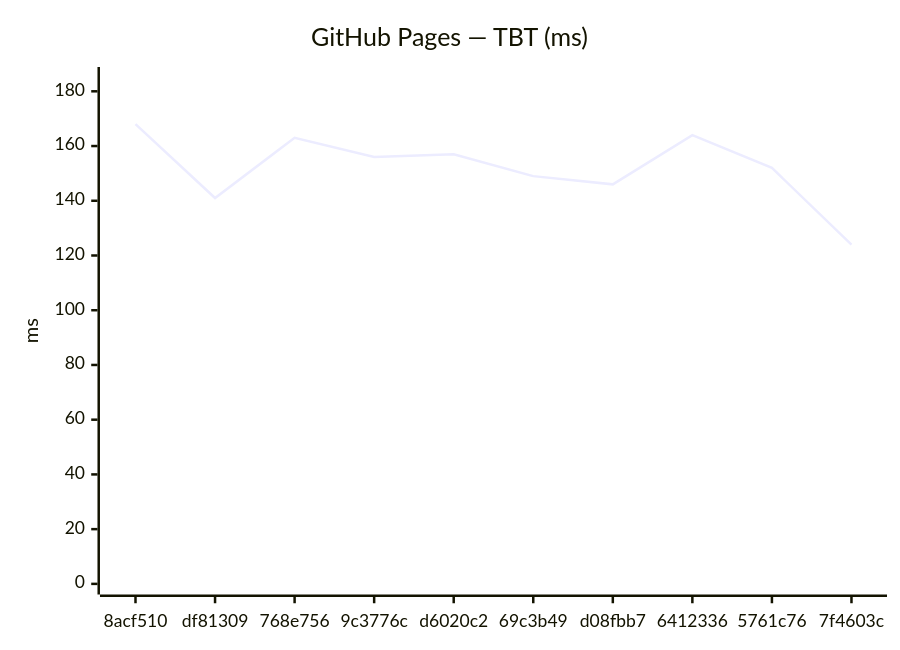
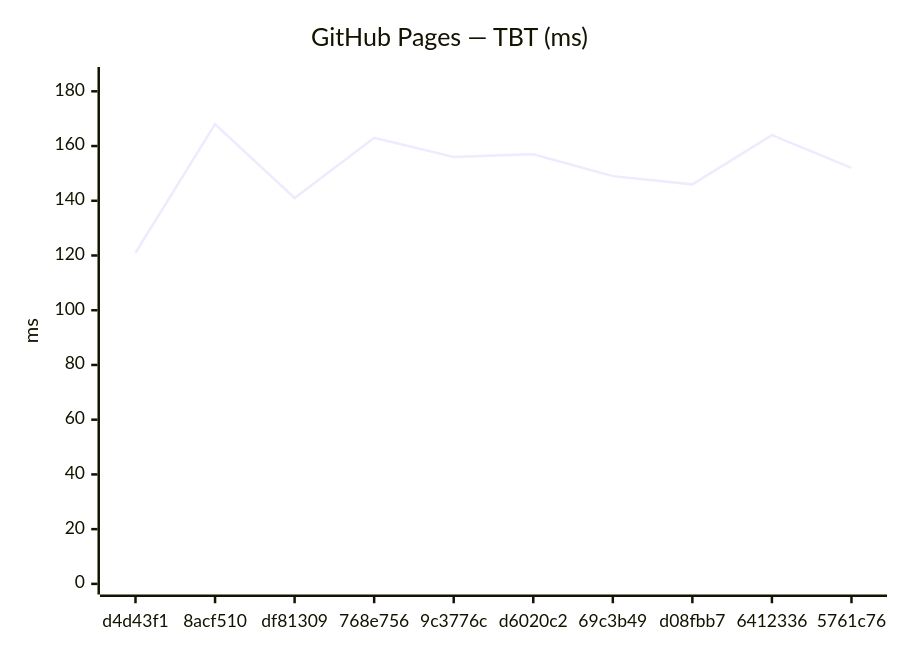
Before and after one commit to Metaheurist/Rianell: the fourth of 18 diagrams in benchmarks/compare.md, drawn with Mermaid. The commit also changed other lines of this file and 11 other files, not shown here.

````diff
--- a/benchmarks/compare.md
+++ b/benchmarks/compare.md
@@ -61,7 +61,7 @@
 ```mermaid
 xychart-beta
     title "GitHub Pages — TBT (ms)"
-    x-axis ["8acf510", "df81309", "768e756", "9c3776c", "d6020c2", "69c3b49", "d08fbb7", "6412336", "5761c76", "7f4603c"]
+    x-axis ["d4d43f1", "8acf510", "df81309", "768e756", "9c3776c", "d6020c2", "69c3b49", "d08fbb7", "6412336", "5761c76"]
     y-axis "ms" 0 --> 185
-    line [168, 141, 163, 156, 157, 149, 146, 164, 152, 124]
+    line [121, 168, 141, 163, 156, 157, 149, 146, 164, 152]
 ```
````
